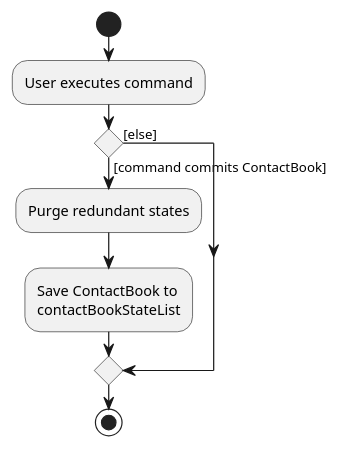
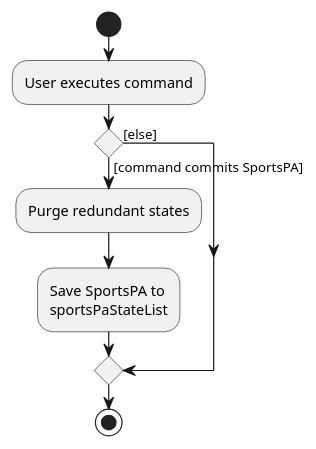
One commit to nus-cs2103-AY2122S1/tp changed the diagram in docs/diagrams/CommitActivityDiagram.puml. Above: the diagram before and after it, drawn with PlantUML. The commit also changed 40 other files, not shown here.

Commit message:
Update Developer Guide: Model section and update UML diagrams

```diff
--- a/docs/diagrams/CommitActivityDiagram.puml
+++ b/docs/diagrams/CommitActivityDiagram.puml
@@ -1,15 +1,15 @@
 @startuml
 start
 :User executes command;
 
 'Since the beta syntax does not support placing the condition outside the
 'diamond we place it as the true branch instead.
 
-if () then ([command commits ContactBook])
+if () then ([command commits SportsPA])
     :Purge redundant states;
-    :Save ContactBook to
-    contactBookStateList;
+    :Save SportsPA to
+    sportsPaStateList;
 else ([else])
 endif
 stop
 @enduml
```
